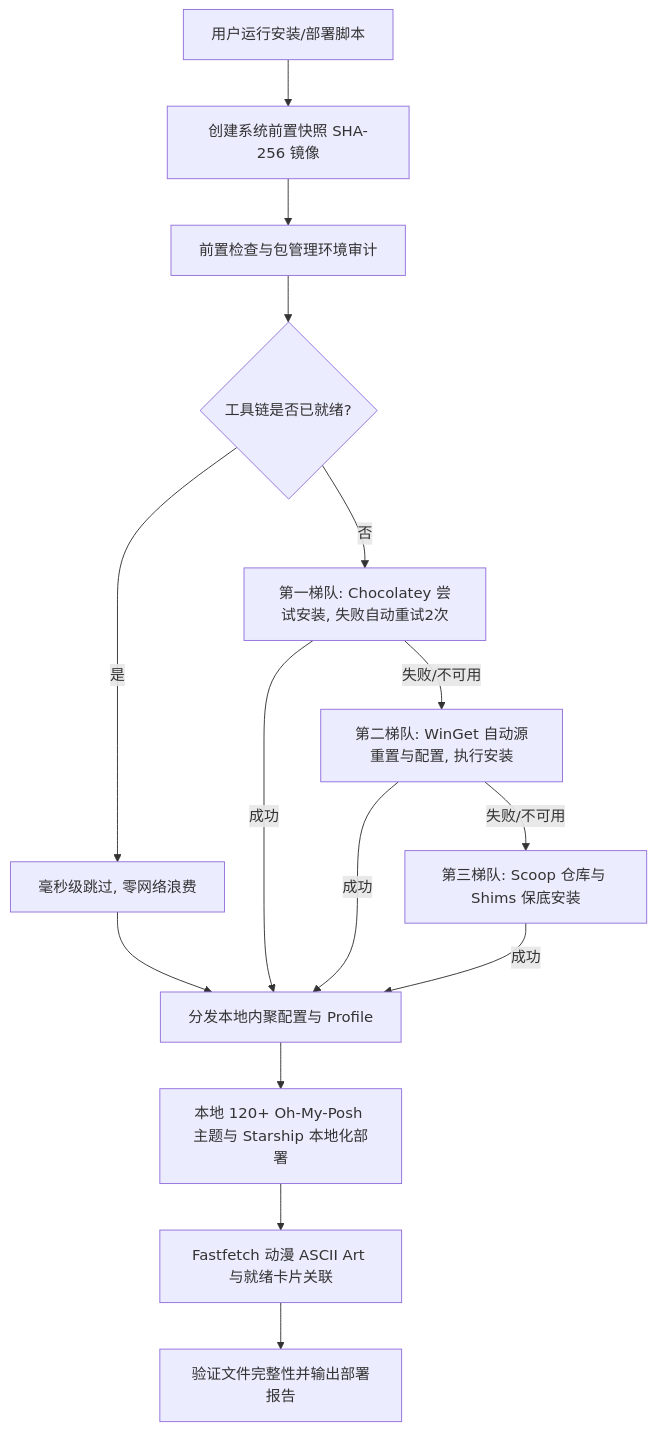
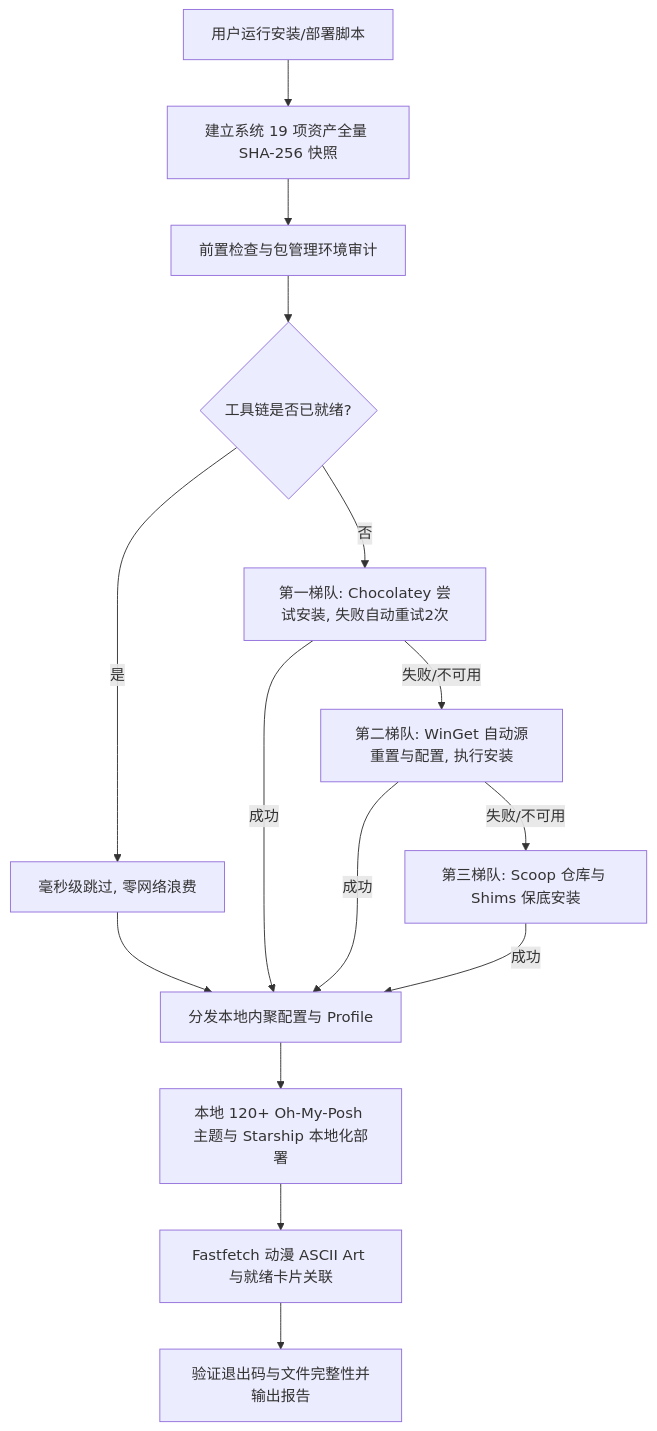
The diagram in 开发与部署文档.md (vicky-clair/configuration_of_Terminal_and_PowerShell_for_Xia_Rui), drawn with Mermaid before and after one commit. The commit also changed other lines of this file and 3 other files, not shown here.

````diff
--- a/开发与部署文档.md
+++ b/开发与部署文档.md
@@ -36,17 +39,17 @@
 ```mermaid
 flowchart TD
-    A[用户运行安装/部署脚本] --> B[创建系统前置快照 SHA-256 镜像]
+    A[用户运行安装/部署脚本] --> B[建立系统 19 项资产全量 SHA-256 快照]
     B --> C[前置检查与包管理环境审计]
     C --> D{工具链是否已就绪?}
     D -- 是 --> E[毫秒级跳过, 零网络浪费]
     D -- 否 --> F[第一梯队: Chocolatey 尝试安装, 失败自动重试2次]
     F -- 失败/不可用 --> G[第二梯队: WinGet 自动源重置与配置, 执行安装]
     G -- 失败/不可用 --> H[第三梯队: Scoop 仓库与 Shims 保底安装]
     E --> I[分发本地内聚配置与 Profile]
     F -- 成功 --> I
     G -- 成功 --> I
     H -- 成功 --> I
     I --> J[本地 120+ Oh-My-Posh 主题与 Starship 本地化部署]
     J --> K[Fastfetch 动漫 ASCII Art 与就绪卡片关联]
-    K --> L[验证文件完整性并输出部署报告]
+    K --> L[验证退出码与文件完整性并输出报告]
 ```
````
